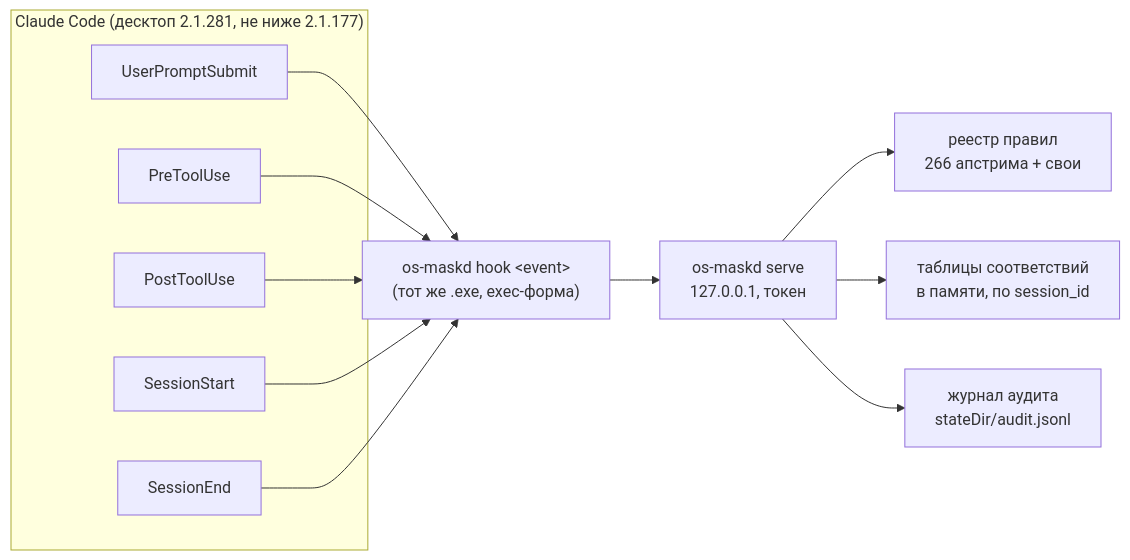
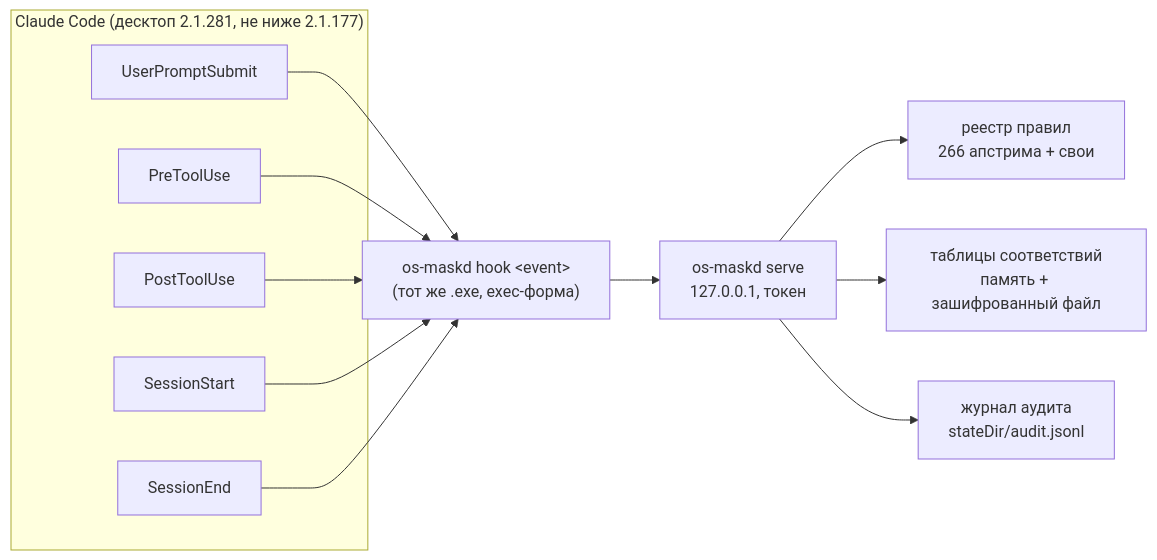
The diagram in docs/specs/F1-sensitive-data-filter.md (elysosss/srednoff-os-for-claude), drawn with Mermaid before and after one commit. The commit also changed other lines of this file and 22 other files, not shown here.

````diff
--- a/docs/specs/F1-sensitive-data-filter.md
+++ b/docs/specs/F1-sensitive-data-filter.md
@@ -140,19 +136,19 @@
 ```mermaid
 flowchart LR
     subgraph CC["Claude Code (десктоп 2.1.281, не ниже 2.1.177)"]
       UPS["UserPromptSubmit"]
       PRE["PreToolUse"]
       POST["PostToolUse"]
       SS["SessionStart"]
       SE["SessionEnd"]
     end
     CLI["os-maskd hook &lt;event&gt;<br/>(тот же .exe, exec-форма)"]
     D["os-maskd serve<br/>127.0.0.1, токен"]
     R["реестр правил<br/>266 апстрима + свои"]
-    M["таблицы соответствий<br/>в памяти, по session_id"]
+    M["таблицы соответствий<br/>память + зашифрованный файл"]
     A["журнал аудита<br/>stateDir/audit.jsonl"]
     UPS & PRE & POST & SS & SE --> CLI --> D
     D --> R
     D --> M
     D --> A
 ```
````
